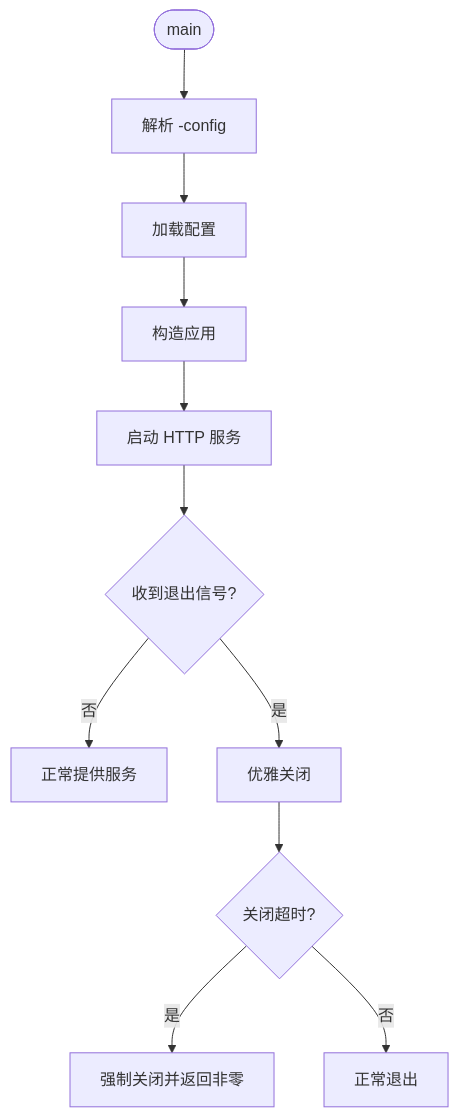
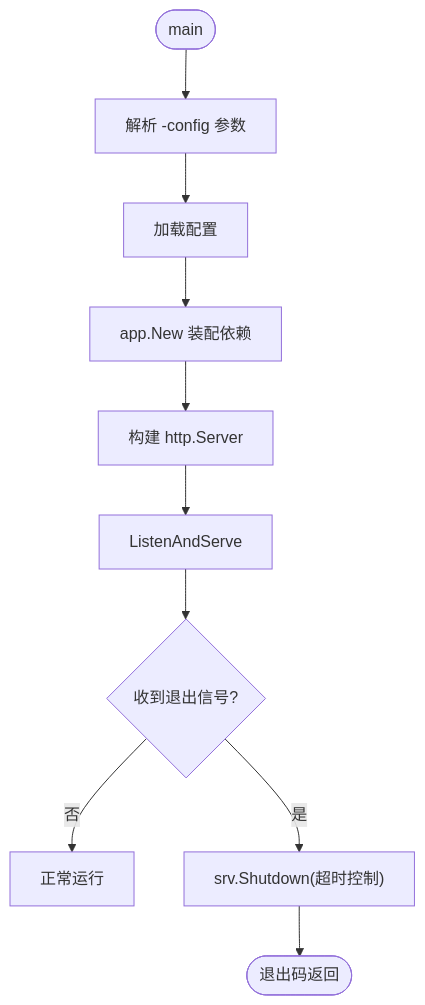
The third of 9 diagrams in .qoder/repowiki/zh/content/开发指南.md (gbtdesign/payment), drawn with Mermaid before and after one commit. The commit also changed other lines of this file and 107 other files, not shown here.

````diff
--- a/.qoder/repowiki/zh/content/开发指南.md
+++ b/.qoder/repowiki/zh/content/开发指南.md
@@ -166,13 +197,12 @@
 ```mermaid
 flowchart TD
-Start(["main"]) --> Parse["解析 -config"]
+Start(["main"]) --> Parse["解析 -config 参数"]
 Parse --> LoadCfg["加载配置"]
-LoadCfg --> NewApp["构造应用"]
-NewApp --> Listen["启动 HTTP 服务"]
+LoadCfg --> InitApp["app.New 装配依赖"]
+InitApp --> BuildSrv["构建 http.Server"]
+BuildSrv --> Listen["ListenAndServe"]
 Listen --> Signal{"收到退出信号?"}
-Signal --> |否| Running["正常提供服务"]
-Signal --> |是| Graceful["优雅关闭"]
-Graceful --> Timeout{"关闭超时?"}
-Timeout --> |是| ForceClose["强制关闭并返回非零"]
-Timeout --> |否| Exit["正常退出"]
+Signal --> |否| Running["正常运行"]
+Signal --> |是| Graceful["srv.Shutdown(超时控制)"]
+Graceful --> End(["退出码返回"])
 ```
````
